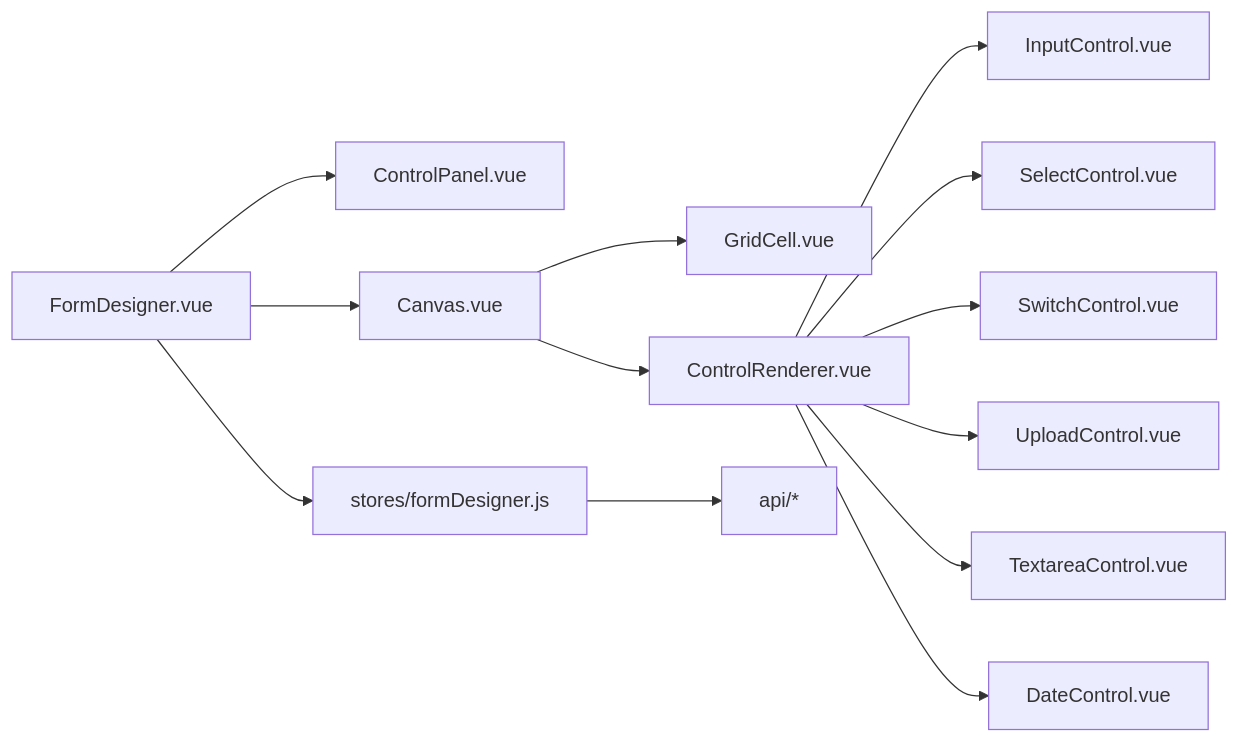
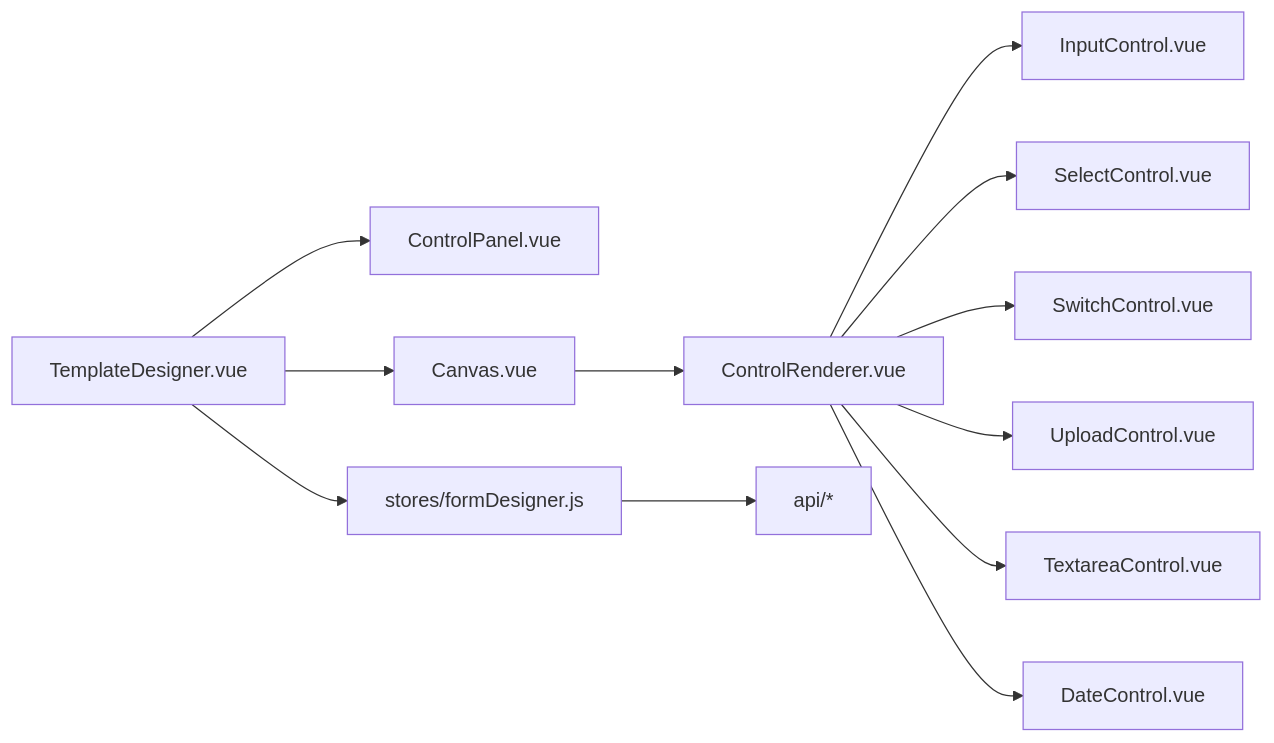
The ninth of 9 diagrams in .qoder/repowiki/zh/content/前端架构设计/拖拽式表单设计器.md (NJMrLi/genetics), drawn with Mermaid before and after one commit. The commit also changed other lines of this file and 152 other files, not shown here.

````diff
--- a/.qoder/repowiki/zh/content/前端架构设计/拖拽式表单设计器.md
+++ b/.qoder/repowiki/zh/content/前端架构设计/拖拽式表单设计器.md
@@ -311,15 +378,14 @@
 ```mermaid
 graph LR
-FD["FormDesigner.vue"] --> CP["ControlPanel.vue"]
-FD --> CV["Canvas.vue"]
-CV --> GC["GridCell.vue"]
+TD["TemplateDesigner.vue"] --> CP["ControlPanel.vue"]
+TD --> CV["Canvas.vue"]
 CV --> CR["ControlRenderer.vue"]
 CR --> C1["InputControl.vue"]
 CR --> C2["SelectControl.vue"]
 CR --> C3["SwitchControl.vue"]
 CR --> C4["UploadControl.vue"]
 CR --> C5["TextareaControl.vue"]
 CR --> C6["DateControl.vue"]
-FD --> ST["stores/formDesigner.js"]
+TD --> ST["stores/formDesigner.js"]
 ST --> API["api/*"]
 ```
````
